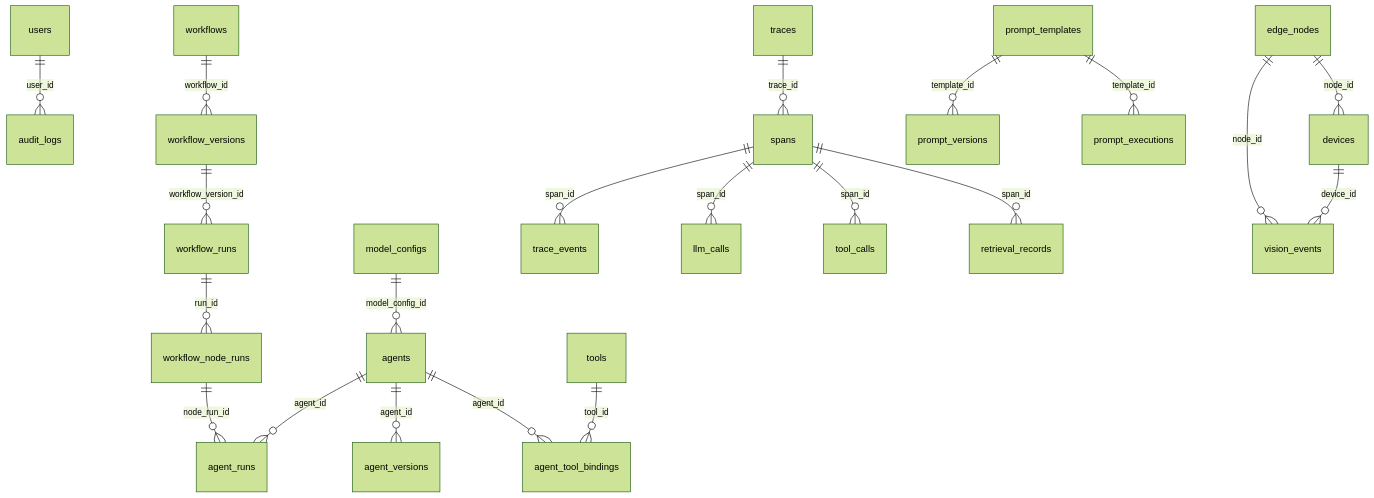
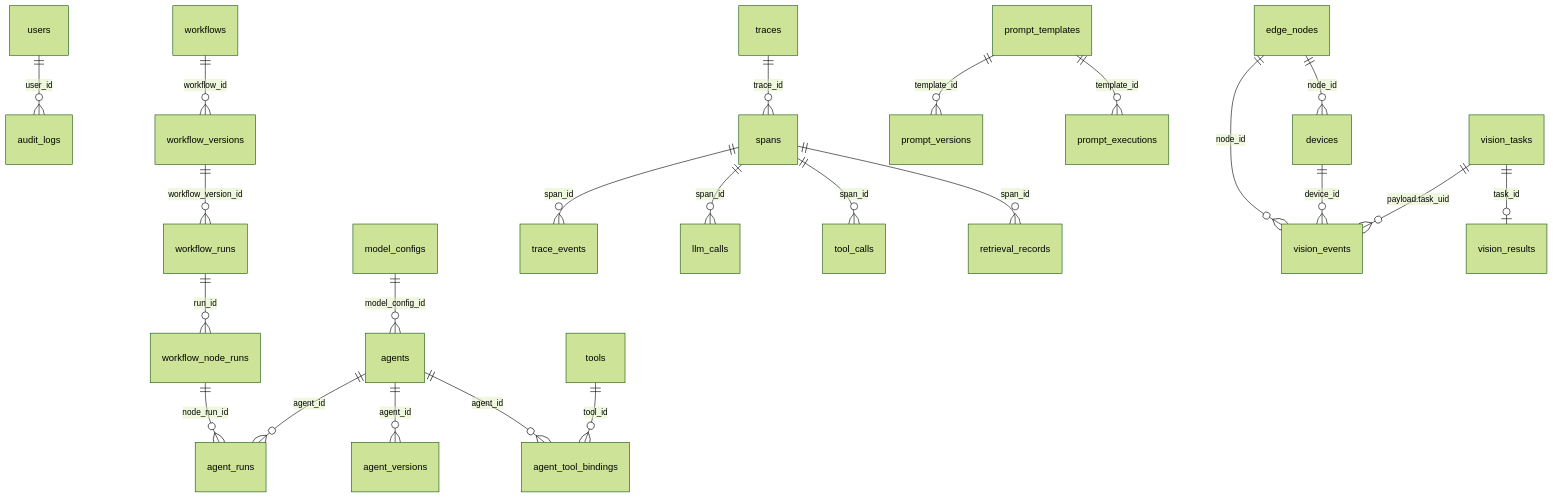
Before and after one commit to qinglan-qaq/EdgePilot: the diagram in docs/er.md, drawn with Mermaid (forest theme). The commit also changed other lines of this file and 10 other files, not shown here.

````diff
--- a/docs/er.md
+++ b/docs/er.md
@@ -21,23 +21,25 @@
 ```mermaid
 erDiagram
     users ||--o{ audit_logs : "user_id"
     agents ||--o{ agent_versions : "agent_id"
     agents ||--o{ agent_tool_bindings : "agent_id"
     tools ||--o{ agent_tool_bindings : "tool_id"
     model_configs ||--o{ agents : "model_config_id"
     workflows ||--o{ workflow_versions : "workflow_id"
     workflow_versions ||--o{ workflow_runs : "workflow_version_id"
     workflow_runs ||--o{ workflow_node_runs : "run_id"
     workflow_node_runs ||--o{ agent_runs : "node_run_id"
     agents ||--o{ agent_runs : "agent_id"
     traces ||--o{ spans : "trace_id"
     spans ||--o{ trace_events : "span_id"
     spans ||--o{ llm_calls : "span_id"
     spans ||--o{ tool_calls : "span_id"
     spans ||--o{ retrieval_records : "span_id"
     prompt_templates ||--o{ prompt_versions : "template_id"
     prompt_templates ||--o{ prompt_executions : "template_id"
     edge_nodes ||--o{ devices : "node_id"
     edge_nodes ||--o{ vision_events : "node_id"
     devices ||--o{ vision_events : "device_id"
+    vision_tasks ||--o| vision_results : "task_id"
+    vision_tasks ||--o{ vision_events : "payload.task_uid"
 ```
````
